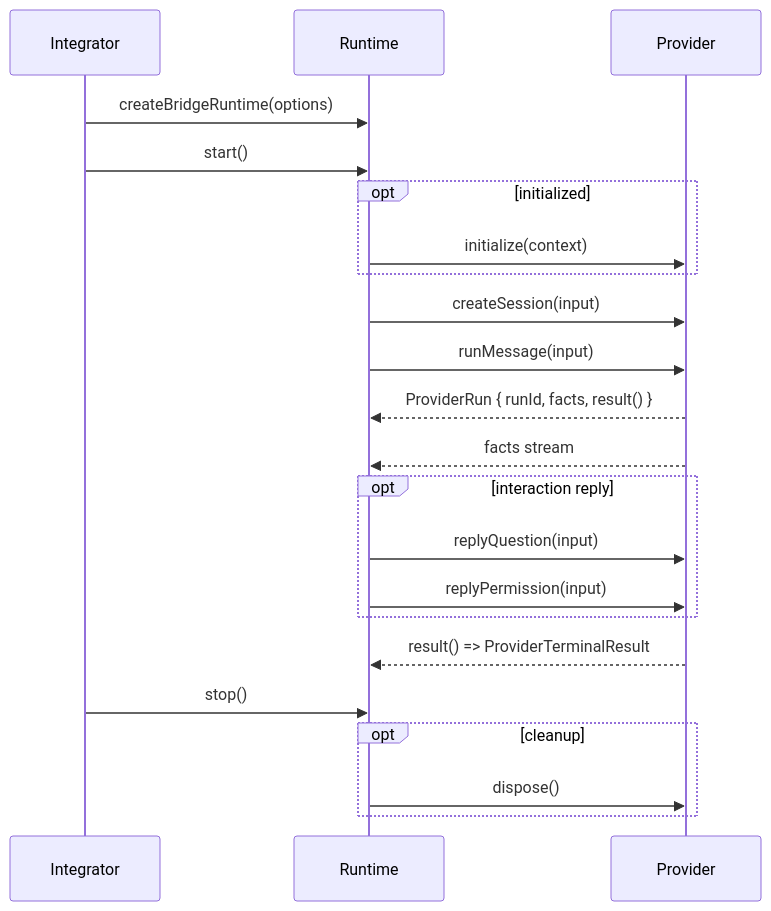
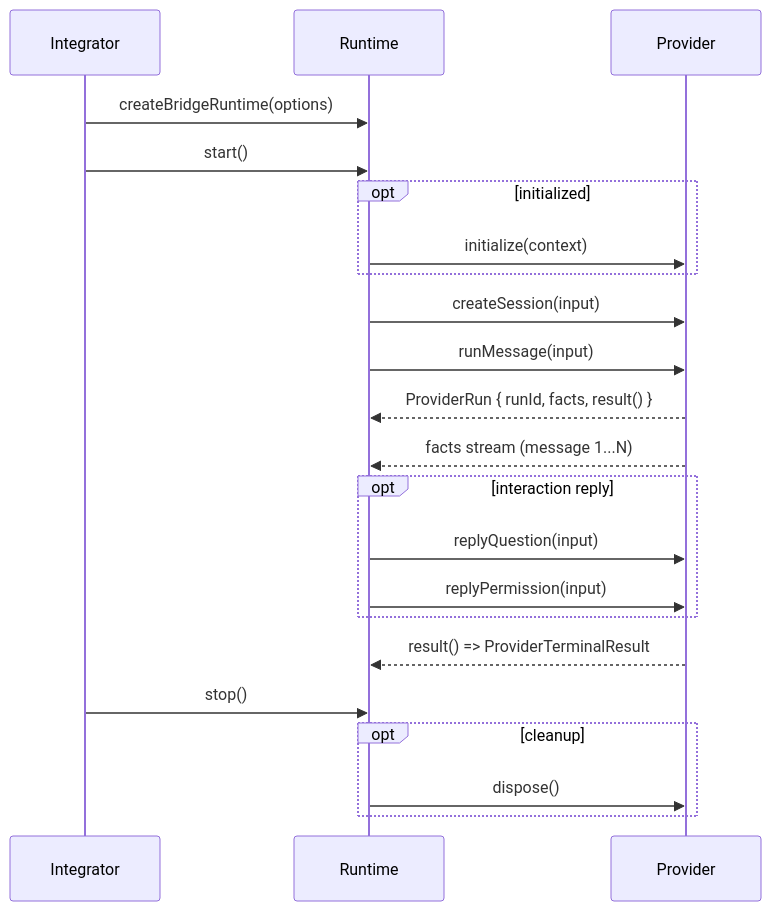
The third of 3 diagrams in docs/design/interfaces/bridge-runtime-sdk-integration.md (yuzhangCZ/agent-plugin), drawn with Mermaid before and after one commit. The commit also changed other lines of this file, not shown here.

First line of the commit message:
docs(bridge-runtime-sdk): 补充 result 收口约束、中断时序图和示例重写

````diff
--- a/docs/design/interfaces/bridge-runtime-sdk-integration.md
+++ b/docs/design/interfaces/bridge-runtime-sdk-integration.md
@@ -717,28 +767,28 @@
 ```mermaid
 sequenceDiagram
   participant I as Integrator
   participant RT as Runtime
   participant P as Provider
 
   I->>RT: createBridgeRuntime(options)
   I->>RT: start()
   opt initialized
     RT->>P: initialize(context)
   end
 
   RT->>P: createSession(input)
   RT->>P: runMessage(input)
   P-->>RT: ProviderRun { runId, facts, result() }
-  P-->>RT: facts stream
+  P-->>RT: facts stream (message 1...N)
 
   opt interaction reply
     RT->>P: replyQuestion(input)
     RT->>P: replyPermission(input)
   end
 
   P-->>RT: result() => ProviderTerminalResult
   I->>RT: stop()
   opt cleanup
     RT->>P: dispose()
   end
 ```
````
